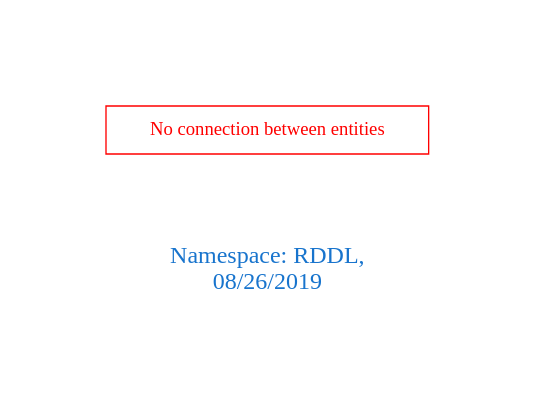
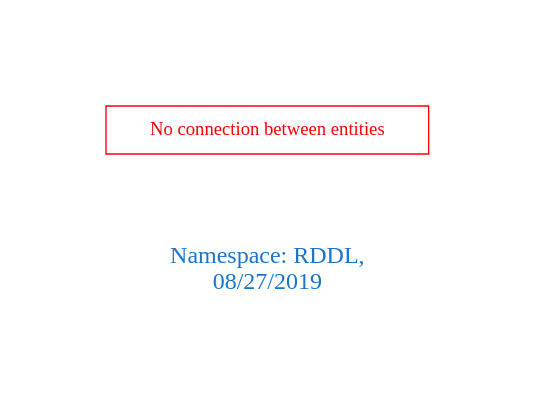
One commit to arago/OGIT changed the diagram in downloads/RDDL.dot. Above: the diagram before and after it, drawn with Graphviz. The commit also changed 1500 other files, not shown here.

```diff
--- a/downloads/RDDL.dot
+++ b/downloads/RDDL.dot
@@ -1,9 +1,9 @@
 digraph OGIT_ontology {
  graph [ rankdir= LR,pad=1 
 fontsize = 18,
-fontcolor= dodgerblue3,label = "\n\n\nNamespace: RDDL, \n 08/26/2019"];
+fontcolor= dodgerblue3,label = "\n\n\nNamespace: RDDL, \n 08/27/2019"];
 node[shape=polygon];
 edge [  color="gray81"];
 
 "No connection between entities" [fontcolor = "red",color="red", shape="polygon"]
 }
```
